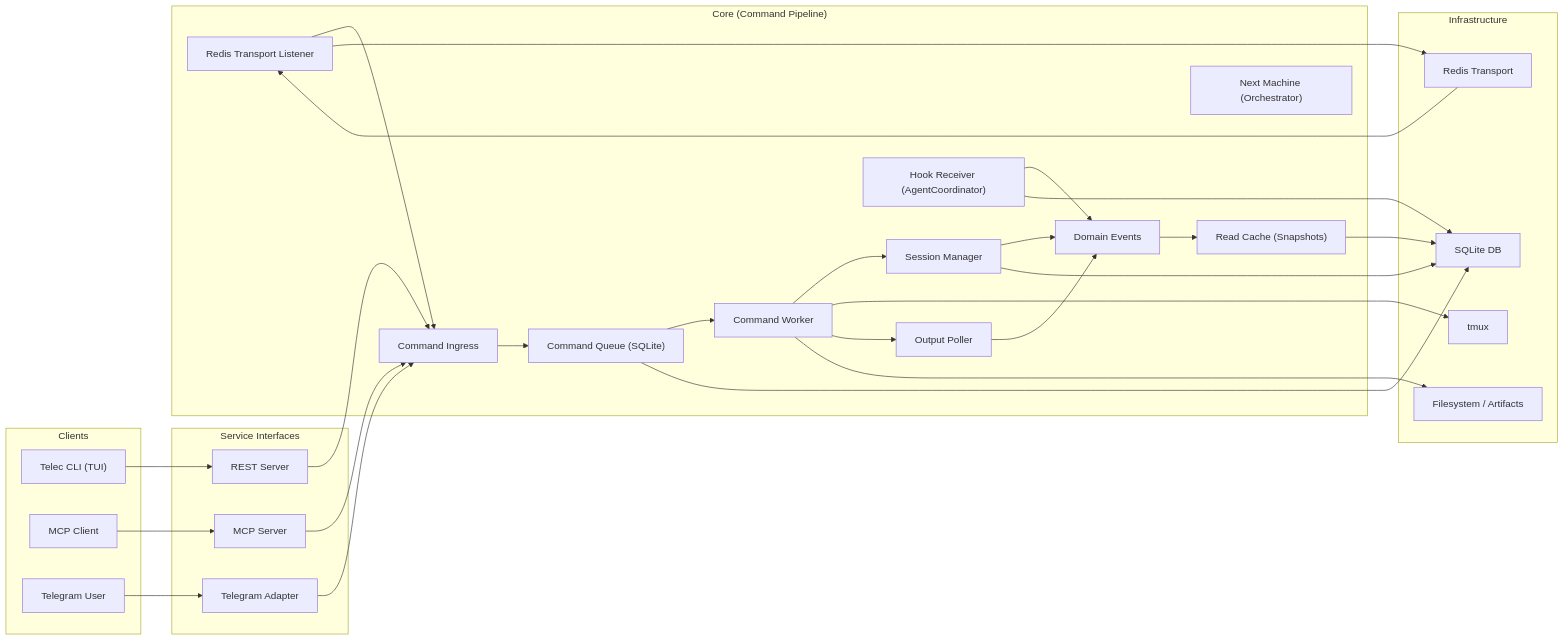
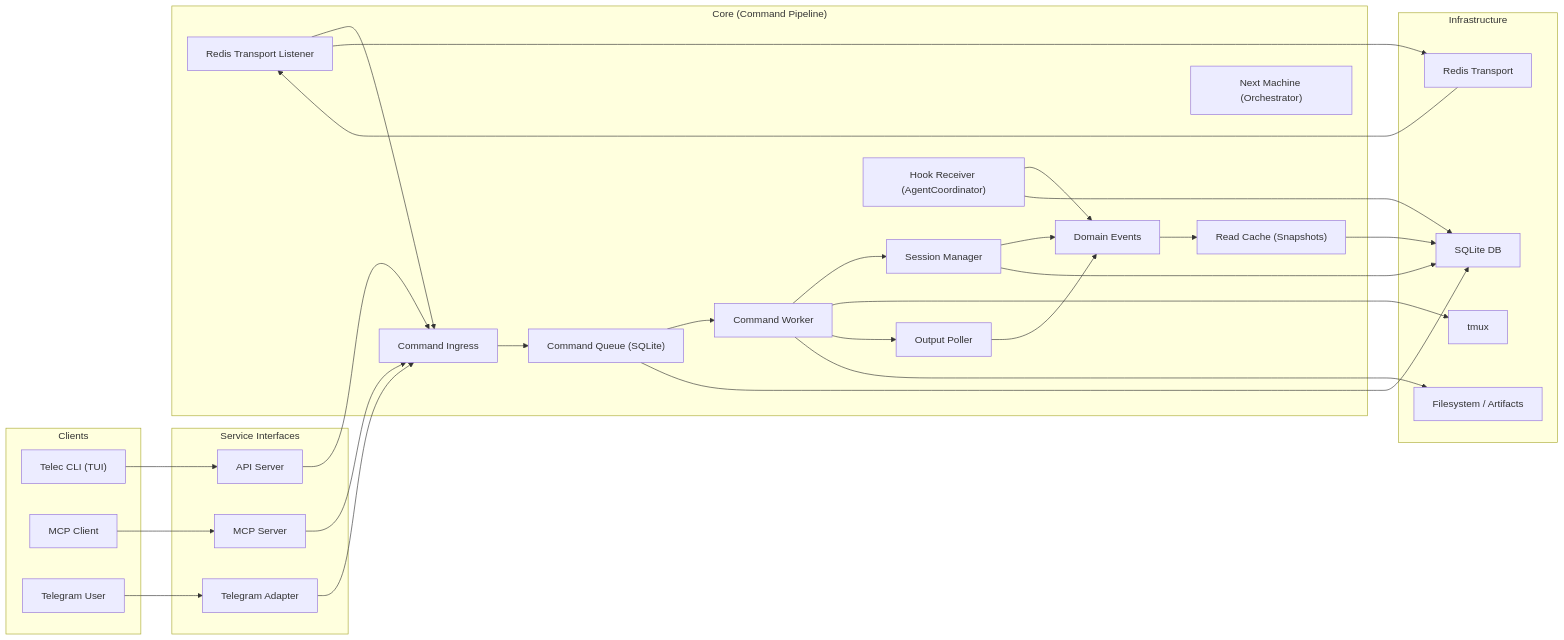
The diagram in docs/architecture.md (InstruktAI/TeleClaude), drawn with Mermaid before and after one commit. The commit also changed other lines of this file and 59 other files, not shown here.

Commit message:
refactor: rename rest to api and move redis transport

````diff
--- a/docs/architecture.md
+++ b/docs/architecture.md
@@ -5,64 +5,64 @@
 ```mermaid
 flowchart LR
     subgraph Clients
         TelecCLI["Telec CLI (TUI)"]
         MCPClient["MCP Client"]
         TGUser["Telegram User"]
     end
 
     subgraph ServiceInterfaces["Service Interfaces"]
-        RESTServer["REST Server"]
+        APIServer["API Server"]
         MCPServer["MCP Server"]
         TGAdapter["Telegram Adapter"]
     end
 
     subgraph Core["Core (Command Pipeline)"]
         Ingress["Command Ingress"]
         Queue["Command Queue (SQLite)"]
         Worker["Command Worker"]
         Sessions["Session Manager"]
         Poller["Output Poller"]
         Hooks["Hook Receiver (AgentCoordinator)"]
         Events["Domain Events"]
         Cache["Read Cache (Snapshots)"]
         RedisIngress["Redis Transport Listener"]
         NextMachine["Next Machine (Orchestrator)"]
     end
 
     subgraph Infrastructure
         SQLite["SQLite DB"]
         Redis["Redis Transport"]
         TMUX["tmux"]
         FS["Filesystem / Artifacts"]
     end
 
-    TelecCLI --> RESTServer
+    TelecCLI --> APIServer
     MCPClient --> MCPServer
     TGUser --> TGAdapter
 
-    RESTServer --> Ingress
+    APIServer --> Ingress
     MCPServer --> Ingress
     TGAdapter --> Ingress
     RedisIngress --> Ingress
 
     Ingress --> Queue
     Queue --> Worker
 
     Worker --> Sessions
     Worker --> TMUX
     Worker --> Poller
     Worker --> FS
 
     Poller --> Events
     Hooks --> Events
     Sessions --> Events
     Events --> Cache
 
     Sessions --> SQLite
     Queue --> SQLite
     Hooks --> SQLite
     Cache --> SQLite
 
     RedisIngress --> Redis
     Redis --> RedisIngress
 ```
````
